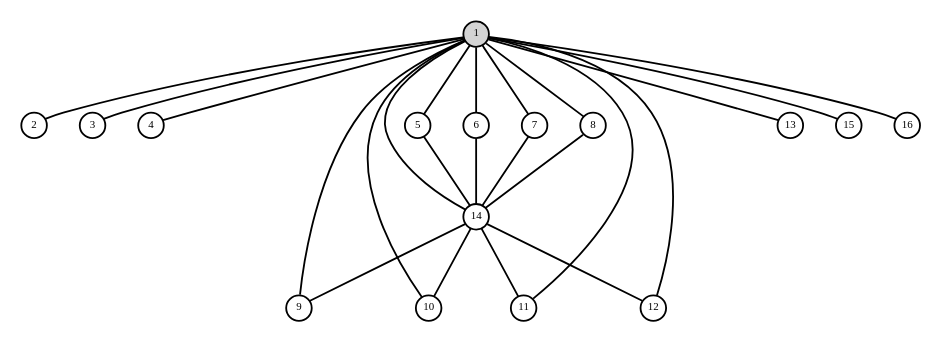
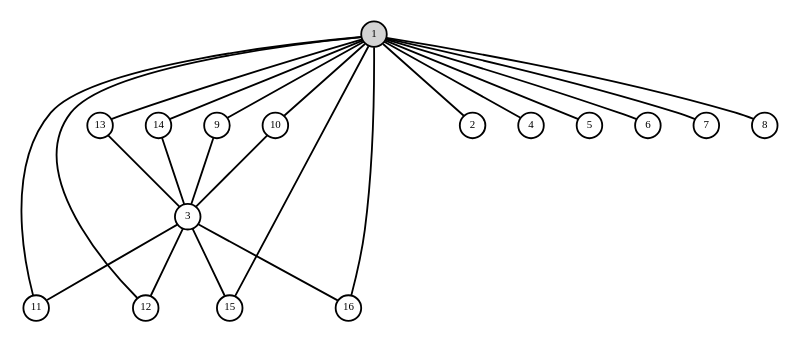
Before and after one commit to bolner/Finite-Group-Explorer: the second of 4 diagrams in README.md, drawn with Graphviz. The commit also changed other lines of this file and 7 other files, not shown here.

Commit message:
fix cycle graph

````diff
--- a/README.md
+++ b/README.md
@@ -80,22 +80,17 @@
 ```dot
 strict graph Group {
     node [shape=circle, fontsize=6, fixedsize=true, width=0.2]
     1 [style=filled]
 
-    1 -- 2
-    1 -- 3
-    1 -- 4
-    1 -- 5 -- 14 -- 9 -- 1
-    1 -- 6 -- 14 -- 10 -- 1
-    1 -- 7 -- 14 -- 11 -- 1
-    1 -- 8 -- 14 -- 12 -- 1
-    1 -- 9 -- 14 -- 5 -- 1
-    1 -- 10 -- 14 -- 6 -- 1
-    1 -- 11 -- 14 -- 7 -- 1
-    1 -- 12 -- 14 -- 8 -- 1
-    1 -- 13
-    1 -- 14
-    1 -- 15
-    1 -- 16
+    1 -- 9 -- 3 -- 11 -- 1
+    1 -- 10 -- 3 -- 12 -- 1
+    1 -- 13 -- 3 -- 15 -- 1
+    1 -- 14 -- 3 -- 16 -- 1
+    1 -- 2 -- 1
+    1 -- 4 -- 1
+    1 -- 5 -- 1
+    1 -- 6 -- 1
+    1 -- 7 -- 1
+    1 -- 8 -- 1
 }
 ```
````
